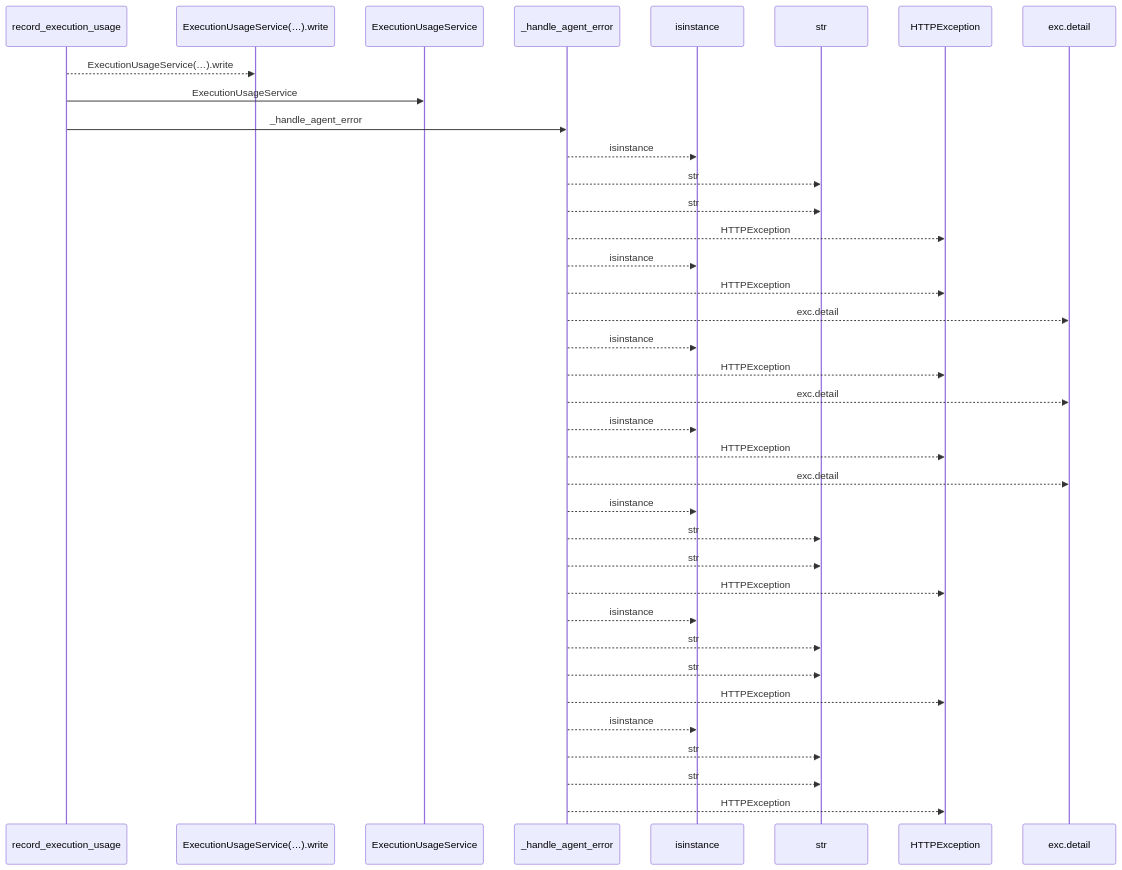
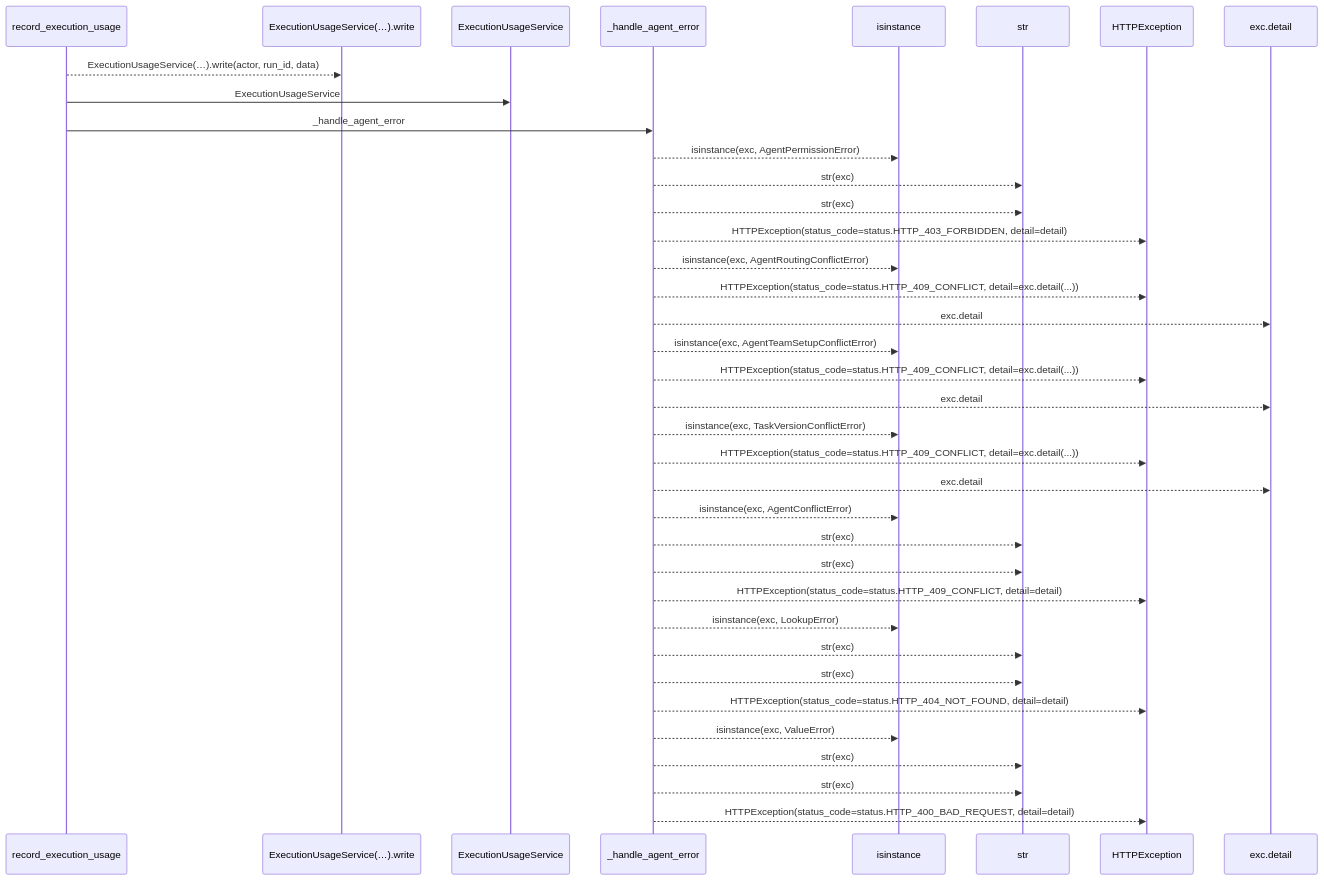
Before and after one commit to Denissvgn/WorkChord: the first of 2 diagrams in docs/llm_wiki/flows/http-record_execution_usage.md, drawn with Mermaid. The commit also changed other lines of this file and 25171 other files, not shown here.

````diff
--- a/docs/llm_wiki/flows/http-record_execution_usage.md
+++ b/docs/llm_wiki/flows/http-record_execution_usage.md
@@ -10,39 +12,39 @@
 ```mermaid
 sequenceDiagram
     participant p0 as record_execution_usage
     participant p1 as ExecutionUsageService(…).write
     participant p2 as ExecutionUsageService
     participant p3 as _handle_agent_error
     participant p4 as isinstance
     participant p5 as str
     participant p6 as HTTPException
     participant p7 as exc.detail
-    p0-->>p1: ExecutionUsageService(…).write
+    p0-->>p1: ExecutionUsageService(…).write(actor, run_id, data)
     p0->>p2: ExecutionUsageService
     p0->>p3: _handle_agent_error
-    p3-->>p4: isinstance
-    p3-->>p5: str
-    p3-->>p5: str
-    p3-->>p6: HTTPException
-    p3-->>p4: isinstance
-    p3-->>p6: HTTPException
+    p3-->>p4: isinstance(exc, AgentPermissionError)
+    p3-->>p5: str(exc)
+    p3-->>p5: str(exc)
+    p3-->>p6: HTTPException(status_code=status.HTTP_403_FORBIDDEN, detail=detail)
+    p3-->>p4: isinstance(exc, AgentRoutingConflictError)
+    p3-->>p6: HTTPException(status_code=status.HTTP_409_CONFLICT, detail=exc.detail(...))
     p3-->>p7: exc.detail
-    p3-->>p4: isinstance
-    p3-->>p6: HTTPException
+    p3-->>p4: isinstance(exc, AgentTeamSetupConflictError)
+    p3-->>p6: HTTPException(status_code=status.HTTP_409_CONFLICT, detail=exc.detail(...))
     p3-->>p7: exc.detail
-    p3-->>p4: isinstance
-    p3-->>p6: HTTPException
+    p3-->>p4: isinstance(exc, TaskVersionConflictError)
+    p3-->>p6: HTTPException(status_code=status.HTTP_409_CONFLICT, detail=exc.detail(...))
     p3-->>p7: exc.detail
-    p3-->>p4: isinstance
-    p3-->>p5: str
-    p3-->>p5: str
-    p3-->>p6: HTTPException
-    p3-->>p4: isinstance
-    p3-->>p5: str
-    p3-->>p5: str
-    p3-->>p6: HTTPException
-    p3-->>p4: isinstance
-    p3-->>p5: str
-    p3-->>p5: str
-    p3-->>p6: HTTPException
+    p3-->>p4: isinstance(exc, AgentConflictError)
+    p3-->>p5: str(exc)
+    p3-->>p5: str(exc)
+    p3-->>p6: HTTPException(status_code=status.HTTP_409_CONFLICT, detail=detail)
+    p3-->>p4: isinstance(exc, LookupError)
+    p3-->>p5: str(exc)
+    p3-->>p5: str(exc)
+    p3-->>p6: HTTPException(status_code=status.HTTP_404_NOT_FOUND, detail=detail)
+    p3-->>p4: isinstance(exc, ValueError)
+    p3-->>p5: str(exc)
+    p3-->>p5: str(exc)
+    p3-->>p6: HTTPException(status_code=status.HTTP_400_BAD_REQUEST, detail=detail)
 ```
````
